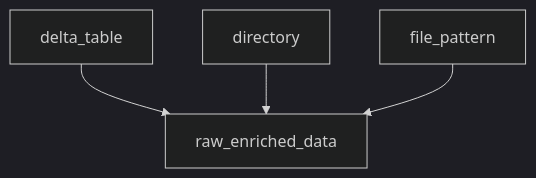
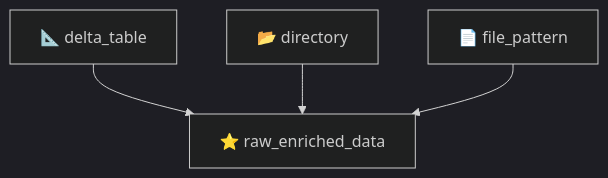
One commit to ThanuMahee12/AgentContext changed diagram 17 of 22 in docs/brainstorms/investigation-db.md. Above: the diagram before and after it, drawn with Mermaid (dark theme). The commit also changed other lines of this file, not shown here.

Commit message:
docs: use Unicode emojis for mermaid diagram support

````diff
--- a/docs/brainstorms/investigation-db.md
+++ b/docs/brainstorms/investigation-db.md
@@ -507,6 +507,6 @@
 ```mermaid
 flowchart TB
-    T["delta_table"] --> D["raw_enriched_data"]
-    DIR["directory"] --> D
-    P["file_pattern"] --> D
+    T["📐 delta_table"] --> D["⭐ raw_enriched_data"]
+    DIR["📂 directory"] --> D
+    P["📄 file_pattern"] --> D
 ```
````
